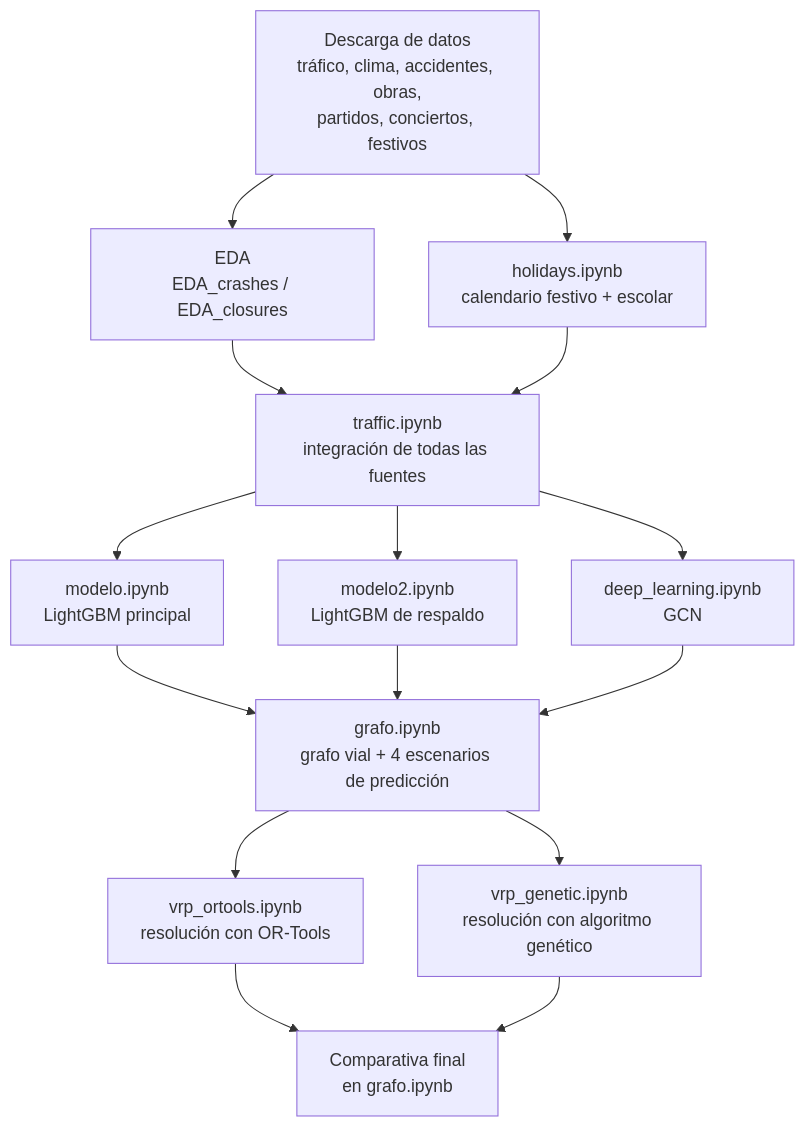
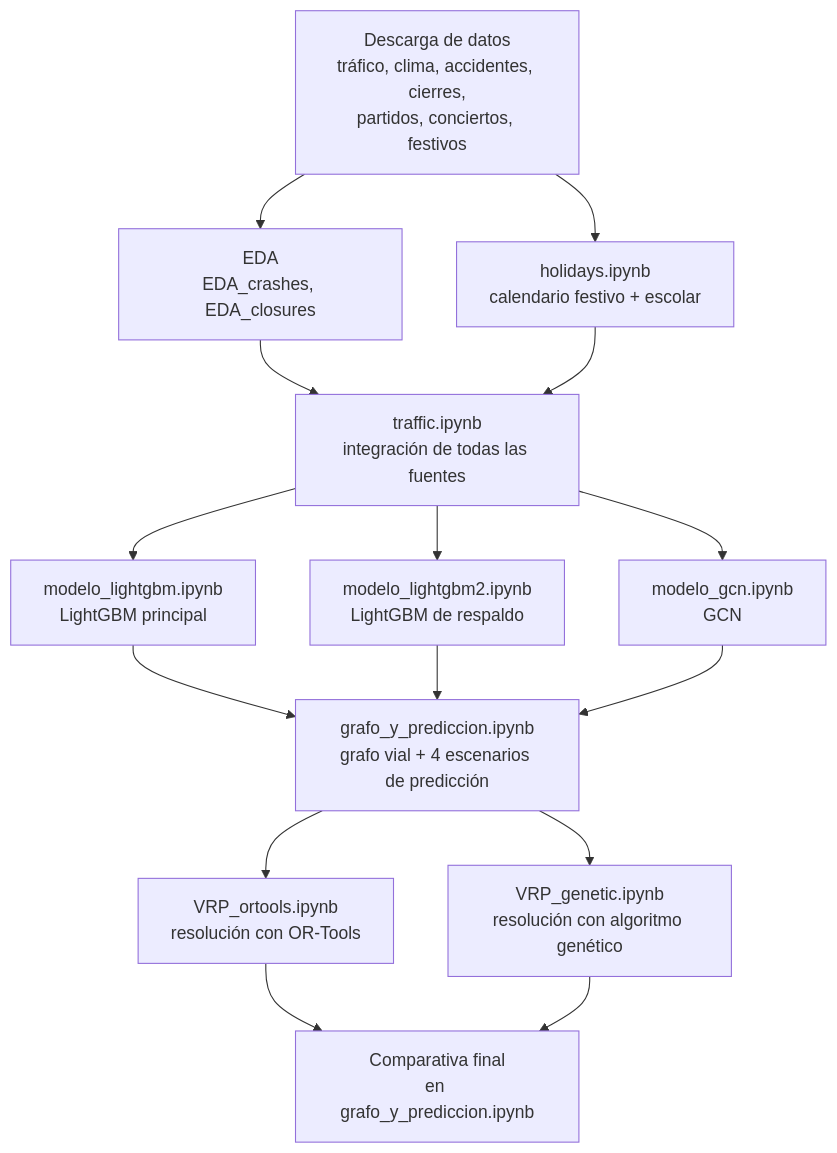
The diagram in README.md (iac50/TFM_final), drawn with Mermaid before and after one commit. The commit also changed other lines of this file, not shown here.

````diff
--- a/README.md
+++ b/README.md
@@ -28,17 +26,17 @@
 ```mermaid
 flowchart TD
-    A[Descarga de datos<br/>tráfico, clima, accidentes, obras,<br/>partidos, conciertos, festivos] --> B[EDA<br/>EDA_crashes / EDA_closures]
+    A[Descarga de datos<br/>tráfico, clima, accidentes, cierres,<br/>partidos, conciertos, festivos] --> B[EDA<br/>EDA_crashes, EDA_closures]
     A --> C[holidays.ipynb<br/>calendario festivo + escolar]
     B --> D[traffic.ipynb<br/>integración de todas las fuentes]
     C --> D
-    D --> E1[modelo.ipynb<br/>LightGBM principal]
-    D --> E2[modelo2.ipynb<br/>LightGBM de respaldo]
-    D --> E3[deep_learning.ipynb<br/>GCN]
-    E1 --> F[grafo.ipynb<br/>grafo vial + 4 escenarios de predicción]
+    D --> E1[modelo_lightgbm.ipynb<br/>LightGBM principal]
+    D --> E2[modelo_lightgbm2.ipynb<br/>LightGBM de respaldo]
+    D --> E3[modelo_gcn.ipynb<br/>GCN]
+    E1 --> F[grafo_y_prediccion.ipynb<br/>grafo vial + 4 escenarios de predicción]
     E2 --> F
     E3 --> F
-    F --> G1[vrp_ortools.ipynb<br/>resolución con OR-Tools]
-    F --> G2[vrp_genetic.ipynb<br/>resolución con algoritmo genético]
-    G1 --> H[Comparativa final<br/>en grafo.ipynb]
+    F --> G1[VRP_ortools.ipynb<br/>resolución con OR-Tools]
+    F --> G2[VRP_genetic.ipynb<br/>resolución con algoritmo genético]
+    G1 --> H[Comparativa final<br/>en grafo_y_prediccion.ipynb]
     G2 --> H
 ```
````
